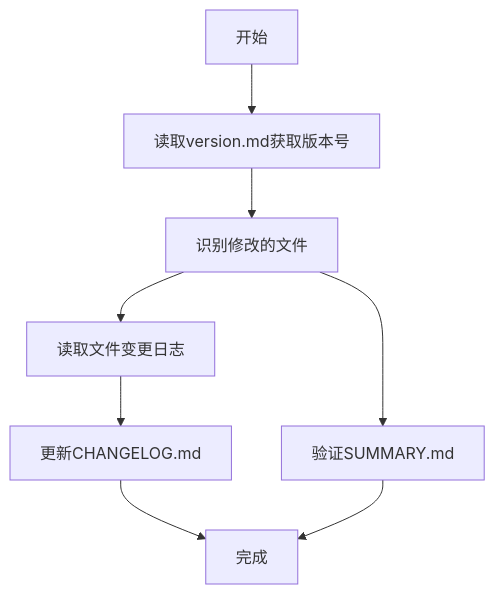
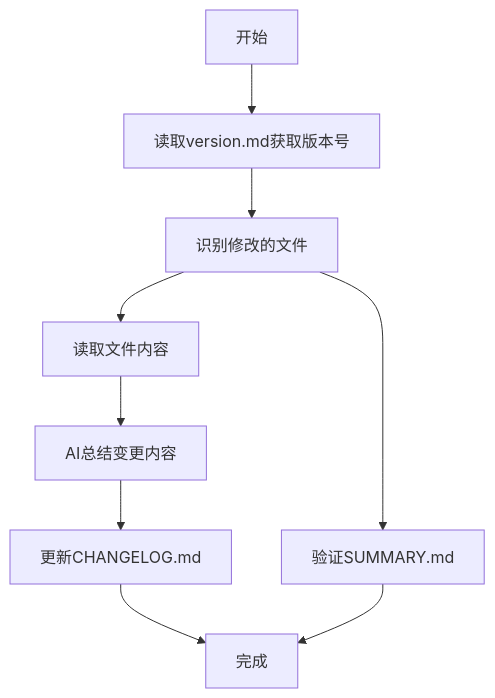
Before and after one commit to fengruoshuiran/RootsGodDoc: the diagram in .clinerules/workflows/更新变更日志.md, drawn with Mermaid. The commit also changed other lines of this file and 12 other files, not shown here.

````diff
--- a/.clinerules/workflows/更新变更日志.md
+++ b/.clinerules/workflows/更新变更日志.md
@@ -3,10 +3,11 @@
 ```mermaid
 graph TD
     A[开始] --> B[读取version.md获取版本号]
     B --> C[识别修改的文件]
-    C --> D[读取文件变更日志]
-    D --> E[更新CHANGELOG.md]
-    C --> F[验证SUMMARY.md]
-    E --> G[完成]
-    F --> G
+    C --> D[读取文件内容]
+    D --> E[AI总结变更内容]
+    E --> F[更新CHANGELOG.md]
+    C --> G[验证SUMMARY.md]
+    F --> H[完成]
+    G --> H
 ```
````
